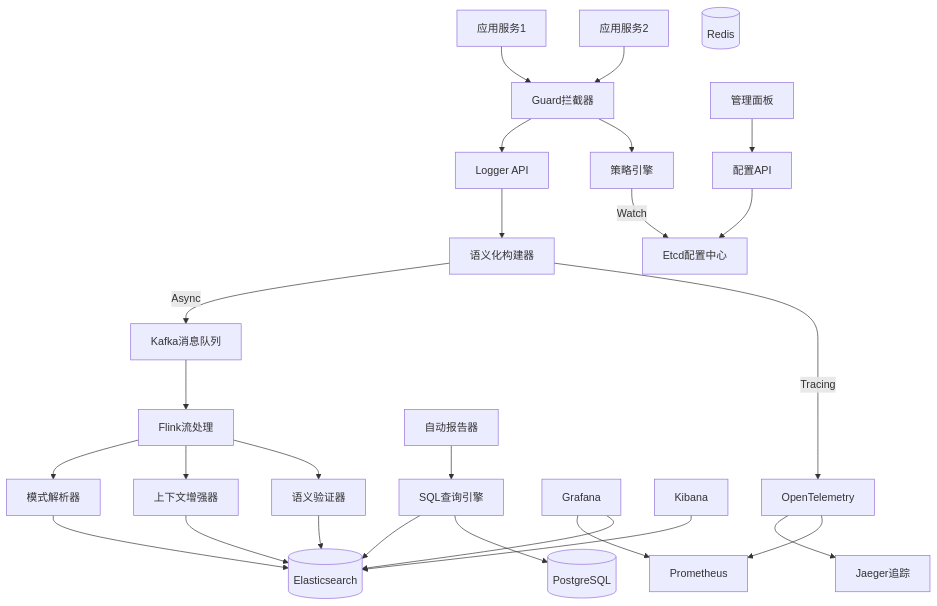
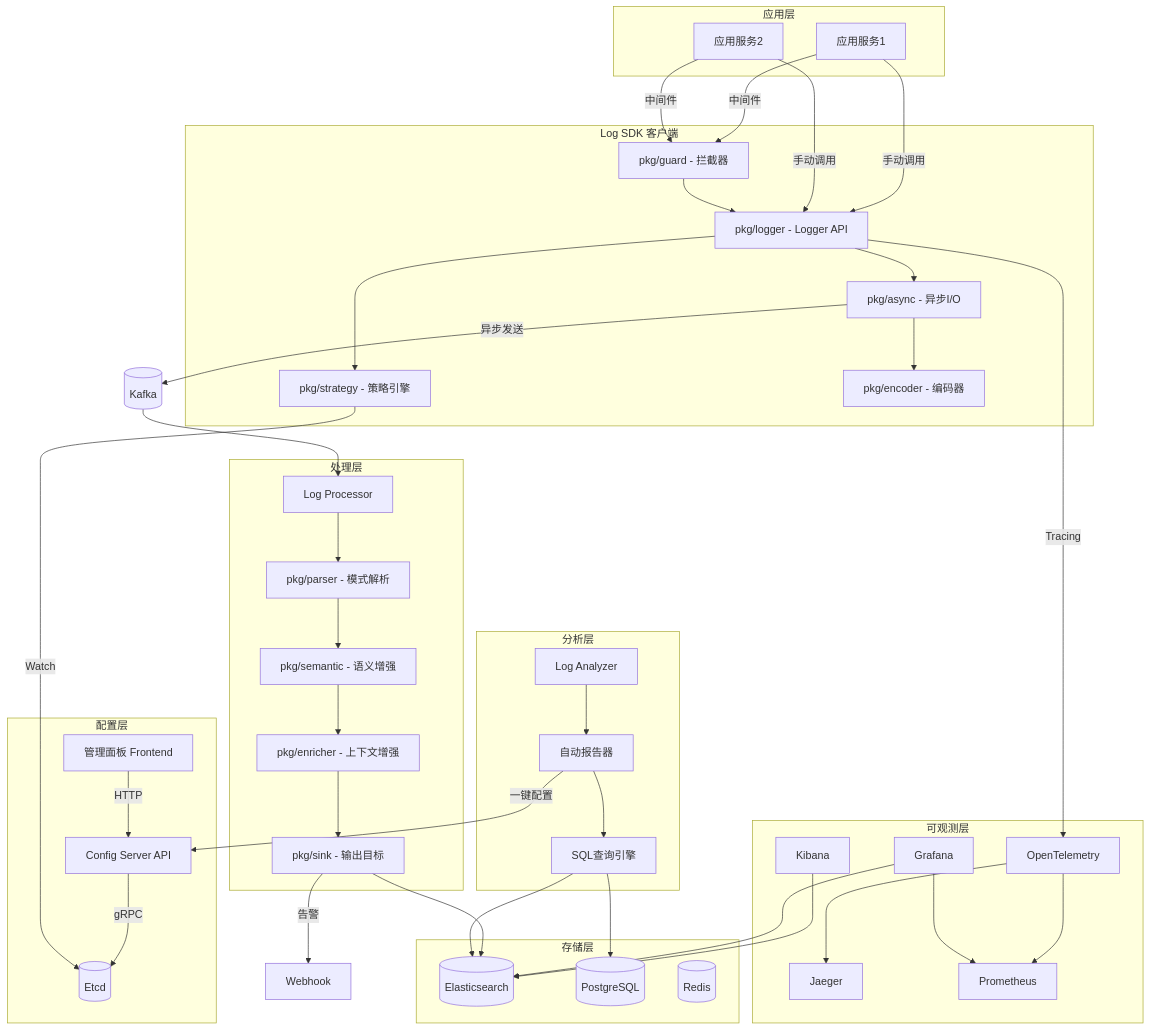
The first of 5 diagrams in docs/thesis.md (RZYN2020/logos), drawn with Mermaid before and after one commit. The commit also changed other lines of this file and 18 other files, not shown here.

Commit message:
Add log-processor and refactor SDK

````diff
--- a/docs/thesis.md
+++ b/docs/thesis.md
@@ -39,65 +108,89 @@
 ```mermaid
 graph TB
-    APP1[应用服务1]
-    APP2[应用服务2]
+    subgraph 应用层
+        APP1[应用服务1]
+        APP2[应用服务2]
+    end
 
-    GUARD[Guard拦截器]
-    LOGGER[Logger API]
-    STRATEGY[策略引擎]
-    SEMANTIC[语义化构建器]
+    subgraph Log_SDK[Log SDK 客户端]
+        LOGGER[pkg/logger - Logger API]
+        GUARD[pkg/guard - 拦截器]
+        STRATEGY[pkg/strategy - 策略引擎]
+        ASYNC[pkg/async - 异步I/O]
+        ENCODER[pkg/encoder - 编码器]
+    end
 
-    ETCD[Etcd配置中心]
-    API[配置API]
-    WEB[管理面板]
+    subgraph 配置层
+        ETCD[(Etcd)]
+        CONFIG_API[Config Server API]
+        FRONTEND[管理面板 Frontend]
+    end
 
-    KAFKA[Kafka消息队列]
+    KAFKA[(Kafka)]
 
-    FLINK[Flink流处理]
-    PARSER[模式解析器]
-    ENRICHER[上下文增强器]
-    VALIDATOR[语义验证器]
+    subgraph 处理层
+        PROCESSOR[Log Processor]
+        PARSER[pkg/parser - 模式解析]
+        SEMANTIC[pkg/semantic - 语义增强]
+        ENRICHER[pkg/enricher - 上下文增强]
+        SINK[pkg/sink - 输出目标]
+    end
 
-    ES[(Elasticsearch)]
-    PG[(PostgreSQL)]
-    REDIS[(Redis)]
+    subgraph 分析层
+        ANALYZER[Log Analyzer]
+        SQL_ENGINE[SQL查询引擎]
+        REPORTER[自动报告器]
+    end
 
-    OTEL[OpenTelemetry]
-    JAEGER[Jaeger追踪]
-    PROM[Prometheus]
-    GRAFANA[Grafana]
+    subgraph 存储层
+        ES[(Elasticsearch)]
+        PG[(PostgreSQL)]
+        REDIS[(Redis)]
+    end
 
-    KIBANA[Kibana]
-    SQL[SQL查询引擎]
-    REPORTER[自动报告器]
+    subgraph 可观测层
+        OTEL[OpenTelemetry]
+        JAEGER[Jaeger]
+        PROM[Prometheus]
+        GRAFANA[Grafana]
+        KIBANA[Kibana]
+    end
 
-    APP1 --> GUARD
-    APP2 --> GUARD
+    APP1 -->|手动调用| LOGGER
+    APP1 -->|中间件| GUARD
+    APP2 -->|手动调用| LOGGER
+    APP2 -->|中间件| GUARD
+
+    LOGGER --> STRATEGY
+    LOGGER --> ASYNC
+    ASYNC --> ENCODER
     GUARD --> LOGGER
-    GUARD --> STRATEGY
 
-    WEB --> API
-    API --> ETCD
+    FRONTEND -->|HTTP| CONFIG_API
+    CONFIG_API -->|gRPC| ETCD
     STRATEGY -->|Watch| ETCD
 
-    LOGGER --> SEMANTIC
-    SEMANTIC -->|Async| KAFKA
-    KAFKA --> FLINK
+    ASYNC -->|异步发送| KAFKA
+    KAFKA --> PROCESSOR
 
-    FLINK --> PARSER
-    FLINK --> ENRICHER
-    FLINK --> VALIDATOR
-    PARSER --> ES
-    ENRICHER --> ES
-    VALIDATOR --> ES
+    PROCESSOR --> PARSER
+    PARSER --> SEMANTIC
+    SEMANTIC --> ENRICHER
+    ENRICHER --> SINK
+    SINK --> ES
+    SINK -->|告警| WEBHOOK[Webhook]
+
+    LOGGER -->|Tracing| OTEL
+
+    SQL_ENGINE --> ES
+    SQL_ENGINE --> PG
+    REPORTER --> SQL_ENGINE
+    ANALYZER --> REPORTER
+    REPORTER -->|一键配置| CONFIG_API
 
     OTEL --> JAEGER
     OTEL --> PROM
-    SEMANTIC -->|Tracing| OTEL
-
+    GRAFANA --> PROM
     KIBANA --> ES
-    SQL --> ES
-    SQL --> PG
-    REPORTER --> SQL
-    GRAFANA --> PROM
     GRAFANA --> ES
 ```
````
